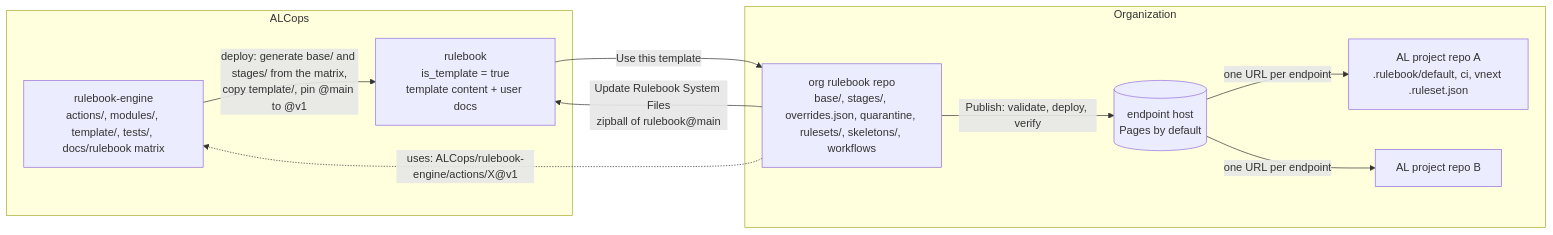
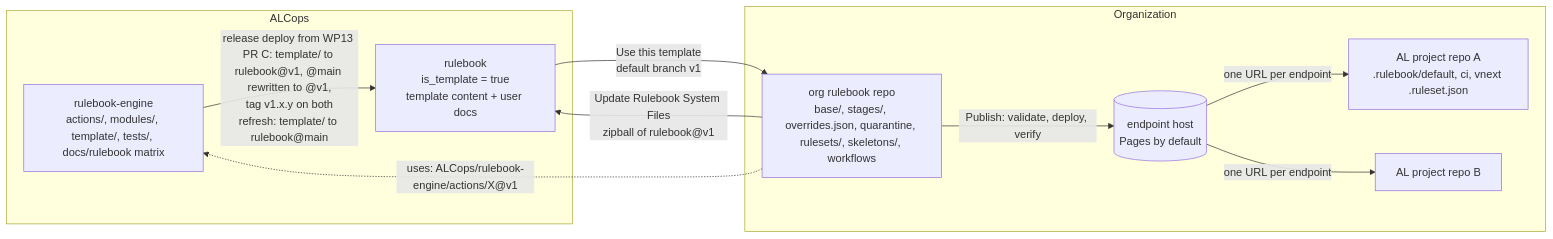
One commit to ALCops/rulebook-engine changed the first of 6 diagrams in docs/ARCHITECTURE.md. Above: the diagram before and after it, drawn with Mermaid. The commit also changed other lines of this file and 174 other files, not shown here.

````diff
--- a/docs/ARCHITECTURE.md
+++ b/docs/ARCHITECTURE.md
@@ -61,19 +61,19 @@
 ```mermaid
 flowchart LR
     subgraph alcops [ALCops]
         eng[rulebook-engine<br/>actions/, modules/, template/, tests/, docs/rulebook matrix]
         tpl[rulebook<br/>is_template = true<br/>template content + user docs]
     end
     subgraph org [Organization]
         orgrepo[org rulebook repo<br/>base/, stages/, overrides.json, quarantine, rulesets/, skeletons/, workflows]
         host[(endpoint host<br/>Pages by default)]
         proj1[AL project repo A<br/>.rulebook/default, ci, vnext .ruleset.json]
         proj2[AL project repo B]
     end
-    eng -->|deploy: generate base/ and stages/ from the matrix,<br/>copy template/, pin @main to @v1| tpl
-    tpl -->|Use this template| orgrepo
+    eng -->|release deploy from WP13 PR C: template/ to rulebook@v1, @main rewritten to @v1,<br/>tag v1.x.y on both<br/>refresh: template/ to rulebook@main| tpl
+    tpl -->|Use this template<br/>default branch v1| orgrepo
     orgrepo -.->|uses: ALCops/rulebook-engine/actions/X@v1| eng
-    orgrepo -->|Update Rulebook System Files<br/>zipball of rulebook@main| tpl
+    orgrepo -->|Update Rulebook System Files<br/>zipball of rulebook@v1| tpl
     orgrepo -->|Publish: validate, deploy, verify| host
     host -->|one URL per endpoint| proj1 & proj2
 ```
````
